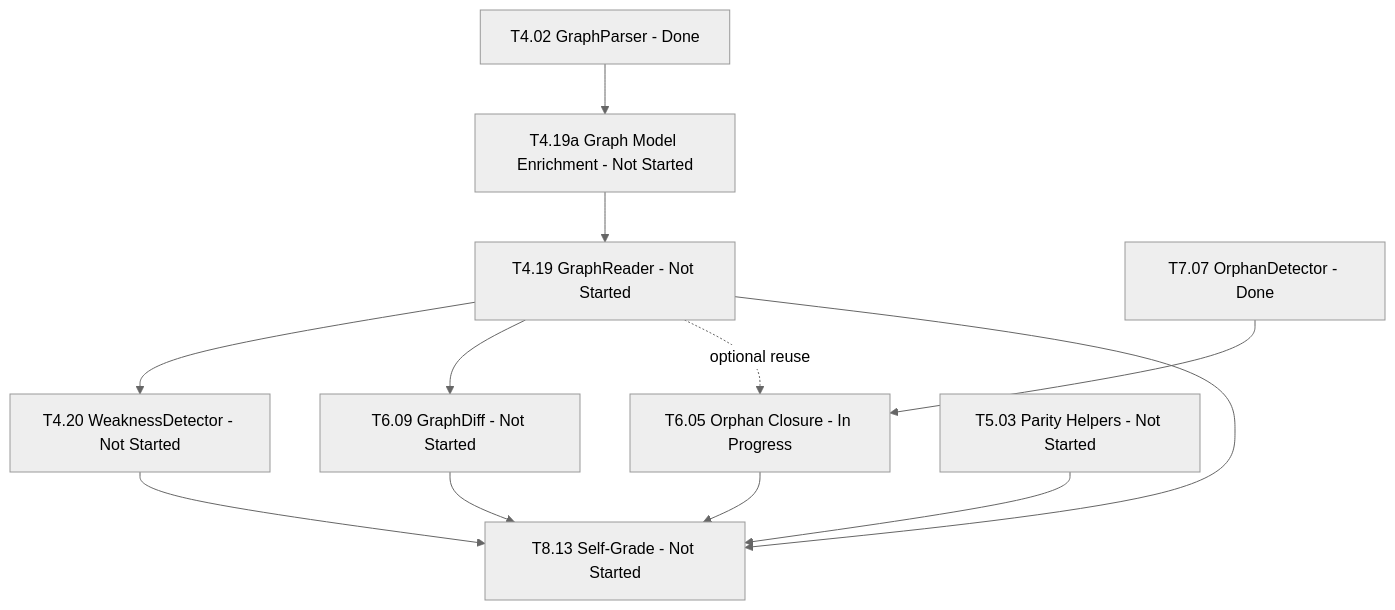
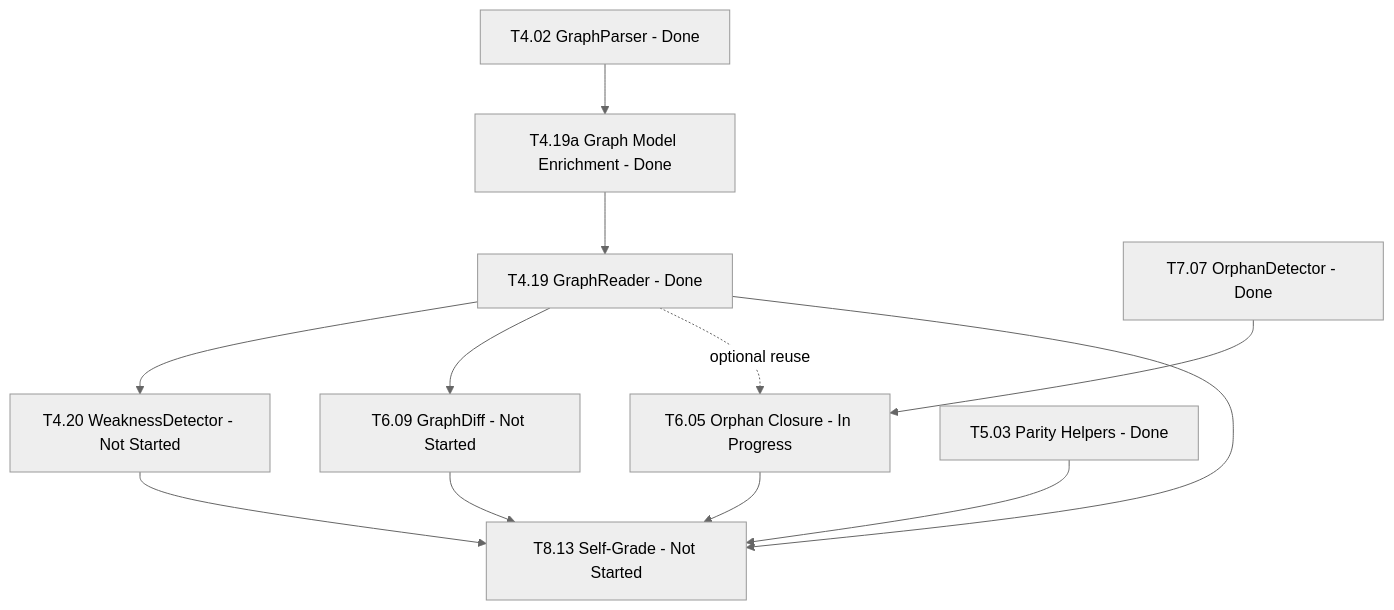
One commit to Us5rName/ai-orchestration-ex4-finding-bugs changed the third of 3 diagrams in docs/TODO.md. Above: the diagram before and after it, drawn with Mermaid (neutral theme). The commit also changed other lines of this file and 10 other files, not shown here.

````diff
--- a/docs/TODO.md
+++ b/docs/TODO.md
@@ -2583,17 +2583,17 @@
 ```mermaid
 graph TD
     T402[T4.02 GraphParser - Done]
-    T402 --> T419a[T4.19a Graph Model Enrichment - Not Started]
-    T419a --> T419[T4.19 GraphReader - Not Started]
+    T402 --> T419a[T4.19a Graph Model Enrichment - Done]
+    T419a --> T419[T4.19 GraphReader - Done]
     T419 --> T420[T4.20 WeaknessDetector - Not Started]
     T419 --> T609[T6.09 GraphDiff - Not Started]
     T707[T7.07 OrphanDetector - Done]
     T707 --> T605[T6.05 Orphan Closure - In Progress]
     T419 -.->|optional reuse| T605
-    T503[T5.03 Parity Helpers - Not Started]
+    T503[T5.03 Parity Helpers - Done]
     T419 --> T813[T8.13 Self-Grade - Not Started]
     T503 --> T813
     T420 --> T813
     T605 --> T813
     T609 --> T813
 ```
````
